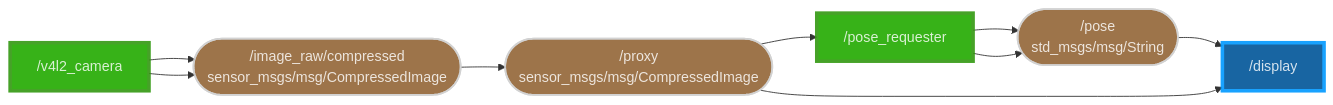
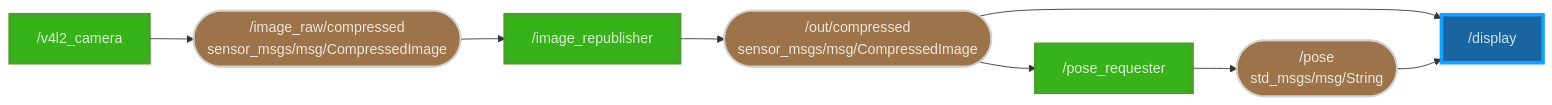
Before and after one commit to CREST-applications/ros2-openpose: the first of 2 diagrams in docs/Architecture.md, drawn with Mermaid. The commit also changed other lines of this file and 3 other files, not shown here.

Commit message:
architecture.md

````diff
--- a/docs/Architecture.md
+++ b/docs/Architecture.md
@@ -20,25 +9,27 @@
 ```mermaid
 flowchart LR
-    /pose(["/pose<br>std_msgs/msg/String"]) --> /display["/display"]
-    /proxy(["/proxy<br>sensor_msgs/msg/CompressedImage"]) --> /display & /pose_requester["/pose_requester"]
-    /image_raw/compressed(["/image_raw/compressed<br>sensor_msgs/msg/CompressedImage"]) --> /proxy
-    /pose_requester --> /pose & /pose
-    /v4l2_camera["/v4l2_camera"] --> /image_raw/compressed & /image_raw/compressed
+    /out/compressed(["/out/compressed<br>sensor_msgs/msg/CompressedImage"]) --> /display["/display"] & /pose_requester["/pose_requester"]
+    /pose(["/pose<br>std_msgs/msg/String"]) --> /display
+    /image_raw/compressed(["/image_raw/compressed<br>sensor_msgs/msg/CompressedImage"]) --> /image_republisher["/image_republisher"]
+    /image_republisher --> /out/compressed
+    /pose_requester --> /pose
+    /v4l2_camera["/v4l2_camera"] --> /image_raw/compressed
 
-     /pose:::topic
+     /out/compressed:::topic
      /display:::main
-     /proxy:::main
-     /proxy:::node
-     /proxy:::topic
      /pose_requester:::main
      /pose_requester:::node
+     /pose:::topic
      /image_raw/compressed:::topic
+     /image_republisher:::main
+     /image_republisher:::node
      /v4l2_camera:::main
      /v4l2_camera:::node
     classDef node opacity:0.9,fill:#2A0,stroke:#391,stroke-width:4px,color:#fff
     classDef action opacity:0.9,fill:#66A,stroke:#225,stroke-width:2px,color:#fff
     classDef service opacity:0.9,fill:#3B8062,stroke:#3B6062,stroke-width:2px,color:#fff
     classDef topic opacity:0.9,fill:#852,stroke:#CCC,stroke-width:2px,color:#fff
     classDef main opacity:0.9,fill:#059,stroke:#09F,stroke-width:4px,color:#fff
     classDef bugged opacity:0.9,fill:#933,stroke:#800,stroke-width:2px,color:#fff
+
 ```
````
